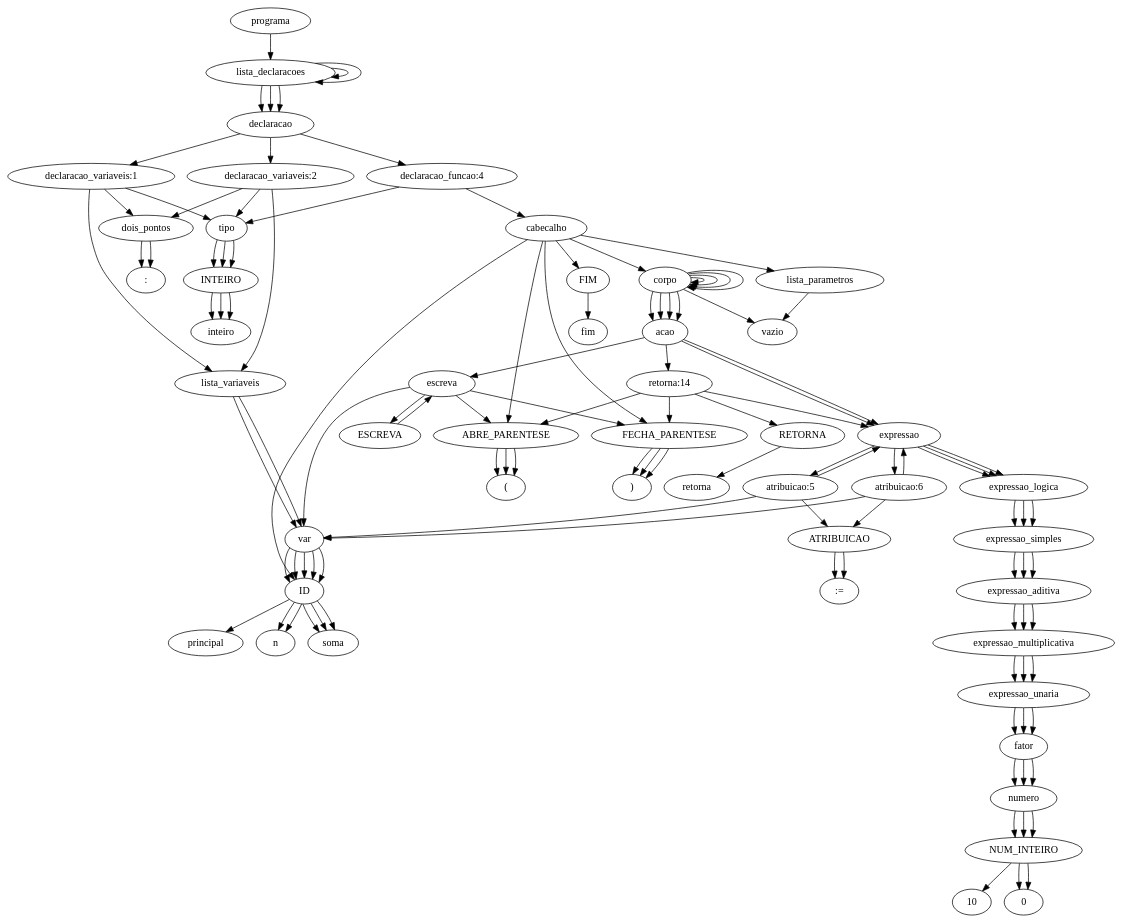
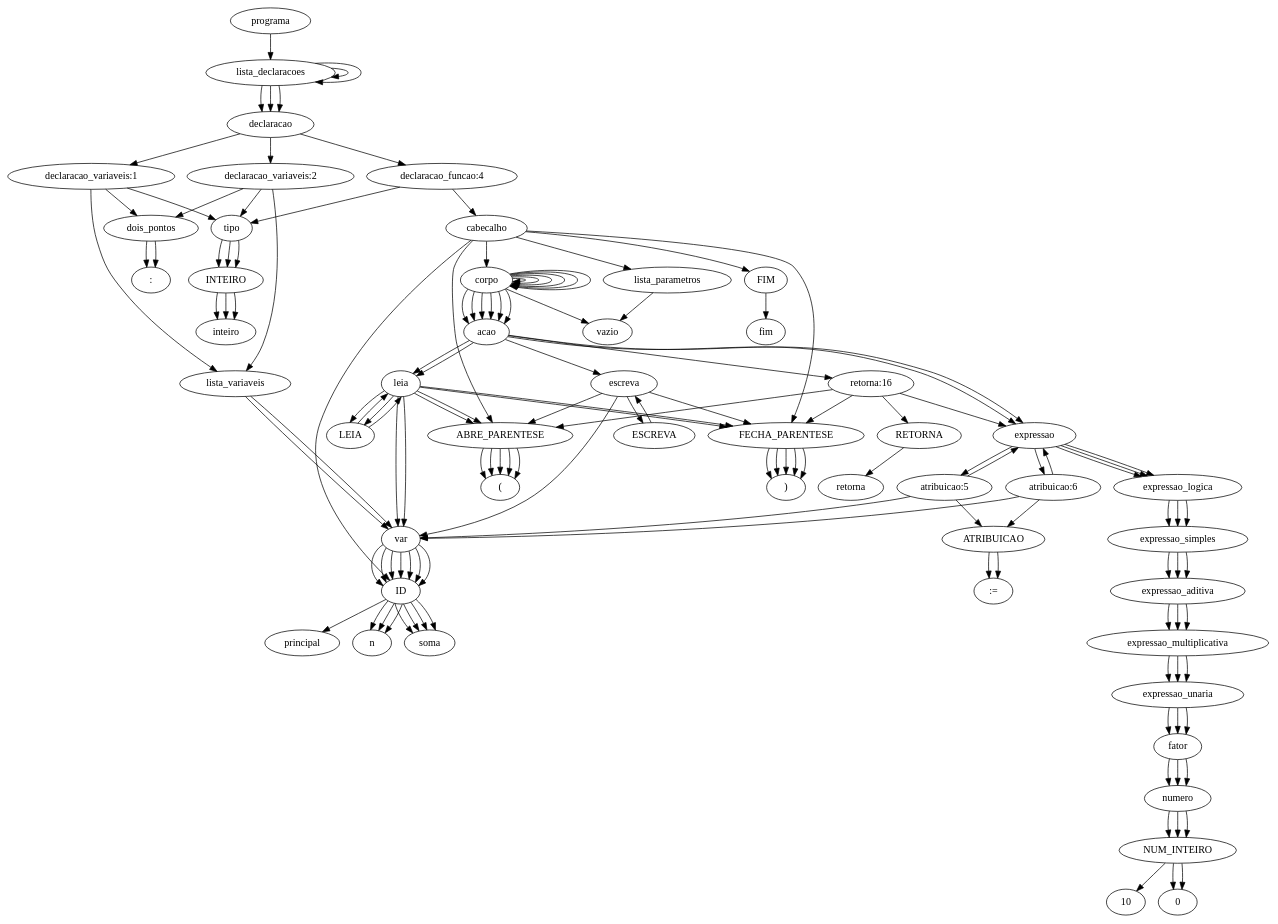
Before and after one commit to JuanFSR/Compiladores: the diagram in 8.GeracaoCodigo/BCC__BCC36B__P[4]__JuanRangel__2046385/implementacao/geracao-codigo-testes/gencode-004.tpp.ast.dot, drawn with Graphviz. The commit also changed 24 other files, not shown here.

```diff
--- a/8.GeracaoCodigo/BCC__BCC36B__P[4]__JuanRangel__2046385/implementacao/geracao-codigo-testes/gencode-004.tpp.ast.dot
+++ b/8.GeracaoCodigo/BCC__BCC36B__P[4]__JuanRangel__2046385/implementacao/geracao-codigo-testes/gencode-004.tpp.ast.dot
@@ -44,6 +44,8 @@
     "corpo";
     "corpo";
     "corpo";
+    "corpo";
+    "corpo";
     "vazio";
     "acao";
     "expressao";
@@ -82,6 +84,28 @@
     "NUM_INTEIRO";
     "0";
     "acao";
+    "leia";
+    "LEIA";
+    "leia";
+    "ABRE_PARENTESE";
+    "(";
+    "var";
+    "ID";
+    "soma";
+    "FECHA_PARENTESE";
+    ")";
+    "acao";
+    "leia";
+    "LEIA";
+    "leia";
+    "ABRE_PARENTESE";
+    "(";
+    "var";
+    "ID";
+    "n";
+    "FECHA_PARENTESE";
+    ")";
+    "acao";
     "escreva";
     "ESCREVA";
     "escreva";
@@ -93,7 +117,7 @@
     "FECHA_PARENTESE";
     ")";
     "acao";
-    "retorna:14";
+    "retorna:16";
     "RETORNA";
     "retorna";
     "ABRE_PARENTESE";
@@ -161,6 +185,10 @@
     "corpo" -> "acao";
     "corpo" -> "corpo";
     "corpo" -> "acao";
+    "corpo" -> "corpo";
+    "corpo" -> "acao";
+    "corpo" -> "corpo";
+    "corpo" -> "acao";
     "corpo" -> "vazio";
     "acao" -> "expressao";
     "expressao" -> "atribuicao:5";
@@ -196,6 +224,26 @@
     "fator" -> "numero";
     "numero" -> "NUM_INTEIRO";
     "NUM_INTEIRO" -> "0";
+    "acao" -> "leia";
+    "leia" -> "LEIA";
+    "leia" -> "ABRE_PARENTESE";
+    "leia" -> "var";
+    "leia" -> "FECHA_PARENTESE";
+    "LEIA" -> "leia";
+    "ABRE_PARENTESE" -> "(";
+    "var" -> "ID";
+    "ID" -> "soma";
+    "FECHA_PARENTESE" -> ")";
+    "acao" -> "leia";
+    "leia" -> "LEIA";
+    "leia" -> "ABRE_PARENTESE";
+    "leia" -> "var";
+    "leia" -> "FECHA_PARENTESE";
+    "LEIA" -> "leia";
+    "ABRE_PARENTESE" -> "(";
+    "var" -> "ID";
+    "ID" -> "n";
+    "FECHA_PARENTESE" -> ")";
     "acao" -> "escreva";
     "escreva" -> "ESCREVA";
     "escreva" -> "ABRE_PARENTESE";
@@ -206,11 +254,11 @@
     "var" -> "ID";
     "ID" -> "soma";
     "FECHA_PARENTESE" -> ")";
-    "acao" -> "retorna:14";
-    "retorna:14" -> "RETORNA";
-    "retorna:14" -> "ABRE_PARENTESE";
-    "retorna:14" -> "expressao";
-    "retorna:14" -> "FECHA_PARENTESE";
+    "acao" -> "retorna:16";
+    "retorna:16" -> "RETORNA";
+    "retorna:16" -> "ABRE_PARENTESE";
+    "retorna:16" -> "expressao";
+    "retorna:16" -> "FECHA_PARENTESE";
     "RETORNA" -> "retorna";
     "ABRE_PARENTESE" -> "(";
     "expressao" -> "expressao_logica";
```
